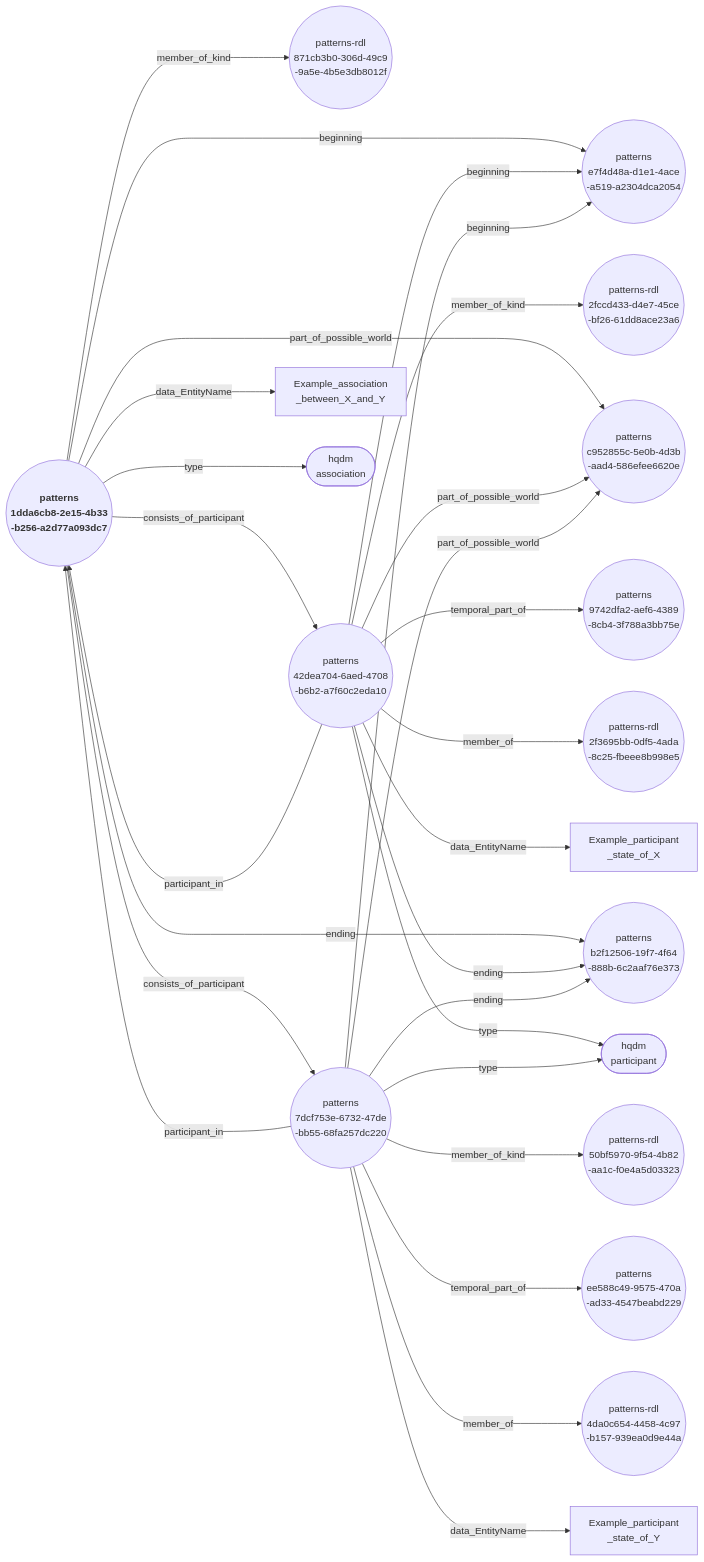
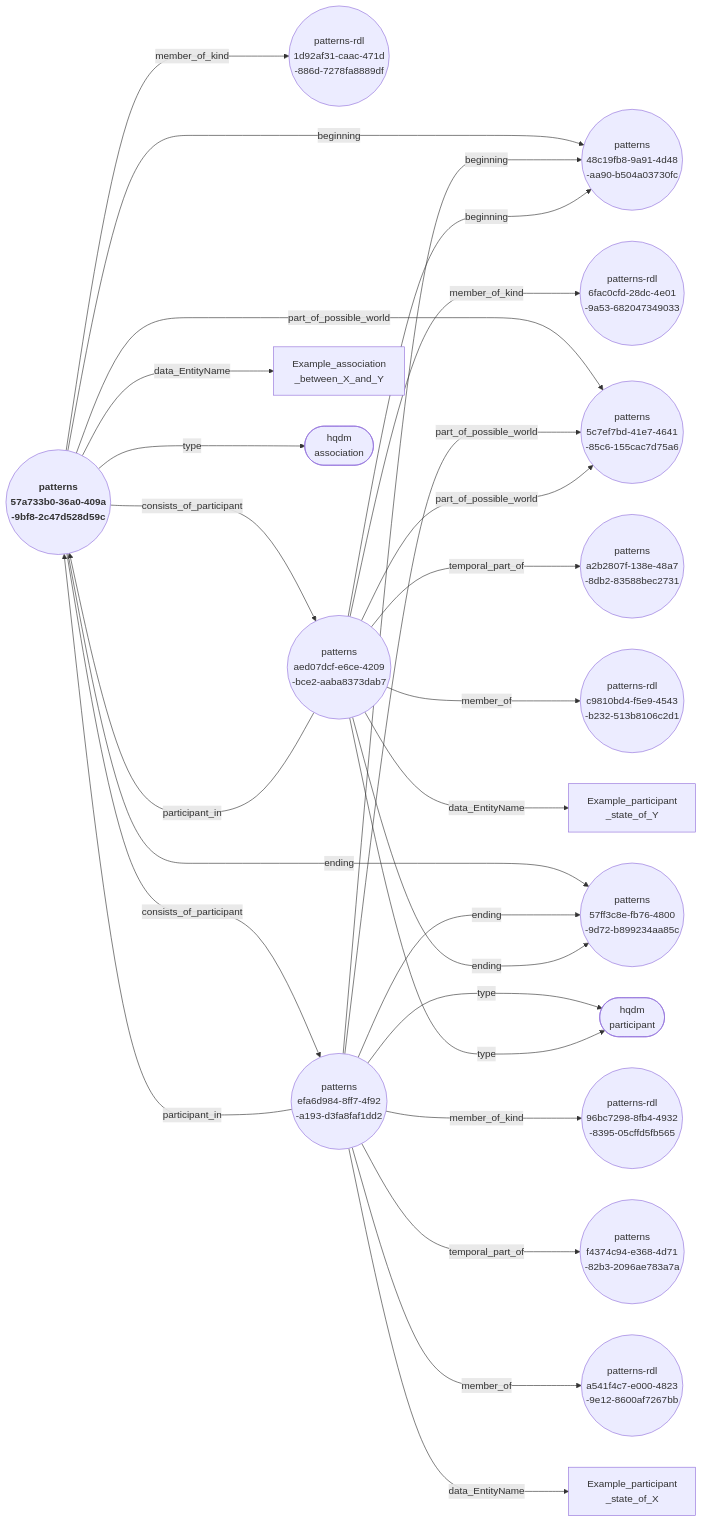
Before and after one commit to ClimbingAl/HqdmPatterns: the diagram in docs/extras/example-files/genericAssociationAndParticipantsNodeEdgeGraph.mermaid, drawn with Mermaid. The commit also changed 135 other files, not shown here.

````diff
--- a/docs/extras/example-files/genericAssociationAndParticipantsNodeEdgeGraph.mermaid
+++ b/docs/extras/example-files/genericAssociationAndParticipantsNodeEdgeGraph.mermaid
@@ -1,29 +1,29 @@
 ``` mermaid
 graph LR
-  1dda6cb8-2e15-4b33-b256-a2d77a093dc7(("<b> patterns <br> 1dda6cb8-2e15-4b33 <br> -b256-a2d77a093dc7"))--->|"beginning"|e7f4d48a-d1e1-4ace-a519-a2304dca2054(("patterns <br> e7f4d48a-d1e1-4ace <br> -a519-a2304dca2054"));
-  1dda6cb8-2e15-4b33-b256-a2d77a093dc7(("<b> patterns <br> 1dda6cb8-2e15-4b33 <br> -b256-a2d77a093dc7"))--->|"member_of_kind"|871cb3b0-306d-49c9-9a5e-4b5e3db8012f(("patterns-rdl <br> 871cb3b0-306d-49c9 <br> -9a5e-4b5e3db8012f"));
-  1dda6cb8-2e15-4b33-b256-a2d77a093dc7(("<b> patterns <br> 1dda6cb8-2e15-4b33 <br> -b256-a2d77a093dc7"))--->|"consists_of_participant"|42dea704-6aed-4708-b6b2-a7f60c2eda10(("patterns <br> 42dea704-6aed-4708 <br> -b6b2-a7f60c2eda10"));
-  1dda6cb8-2e15-4b33-b256-a2d77a093dc7(("<b> patterns <br> 1dda6cb8-2e15-4b33 <br> -b256-a2d77a093dc7"))--->|"consists_of_participant"|7dcf753e-6732-47de-bb55-68fa257dc220(("patterns <br> 7dcf753e-6732-47de <br> -bb55-68fa257dc220"));
-  1dda6cb8-2e15-4b33-b256-a2d77a093dc7(("<b> patterns <br> 1dda6cb8-2e15-4b33 <br> -b256-a2d77a093dc7"))--->|"part_of_possible_world"|c952855c-5e0b-4d3b-aad4-586efee6620e(("patterns <br> c952855c-5e0b-4d3b <br> -aad4-586efee6620e"));
-  1dda6cb8-2e15-4b33-b256-a2d77a093dc7(("<b> patterns <br> 1dda6cb8-2e15-4b33 <br> -b256-a2d77a093dc7"))--->|"data_EntityName"|Example_association_between_X_and_Y["Example_association <br> _between_X_and_Y"];
-  1dda6cb8-2e15-4b33-b256-a2d77a093dc7(("<b> patterns <br> 1dda6cb8-2e15-4b33 <br> -b256-a2d77a093dc7"))--->|"ending"|b2f12506-19f7-4f64-888b-6c2aaf76e373(("patterns <br> b2f12506-19f7-4f64 <br> -888b-6c2aaf76e373"));
-  1dda6cb8-2e15-4b33-b256-a2d77a093dc7(("<b> patterns <br> 1dda6cb8-2e15-4b33 <br> -b256-a2d77a093dc7"))--->|"type"|association(["hqdm <br> association"]);
-  42dea704-6aed-4708-b6b2-a7f60c2eda10(("patterns <br> 42dea704-6aed-4708 <br> -b6b2-a7f60c2eda10"))--->|"beginning"|e7f4d48a-d1e1-4ace-a519-a2304dca2054(("patterns <br> e7f4d48a-d1e1-4ace <br> -a519-a2304dca2054"));
-  42dea704-6aed-4708-b6b2-a7f60c2eda10(("patterns <br> 42dea704-6aed-4708 <br> -b6b2-a7f60c2eda10"))--->|"member_of_kind"|2fccd433-d4e7-45ce-bf26-61dd8ace23a6(("patterns-rdl <br> 2fccd433-d4e7-45ce <br> -bf26-61dd8ace23a6"));
-  42dea704-6aed-4708-b6b2-a7f60c2eda10(("patterns <br> 42dea704-6aed-4708 <br> -b6b2-a7f60c2eda10"))--->|"part_of_possible_world"|c952855c-5e0b-4d3b-aad4-586efee6620e(("patterns <br> c952855c-5e0b-4d3b <br> -aad4-586efee6620e"));
-  42dea704-6aed-4708-b6b2-a7f60c2eda10(("patterns <br> 42dea704-6aed-4708 <br> -b6b2-a7f60c2eda10"))--->|"participant_in"|1dda6cb8-2e15-4b33-b256-a2d77a093dc7(("<b> patterns <br> 1dda6cb8-2e15-4b33 <br> -b256-a2d77a093dc7"));
-  42dea704-6aed-4708-b6b2-a7f60c2eda10(("patterns <br> 42dea704-6aed-4708 <br> -b6b2-a7f60c2eda10"))--->|"temporal_part_of"|9742dfa2-aef6-4389-8cb4-3f788a3bb75e(("patterns <br> 9742dfa2-aef6-4389 <br> -8cb4-3f788a3bb75e"));
-  42dea704-6aed-4708-b6b2-a7f60c2eda10(("patterns <br> 42dea704-6aed-4708 <br> -b6b2-a7f60c2eda10"))--->|"member_of"|2f3695bb-0df5-4ada-8c25-fbeee8b998e5(("patterns-rdl <br> 2f3695bb-0df5-4ada <br> -8c25-fbeee8b998e5"));
-  42dea704-6aed-4708-b6b2-a7f60c2eda10(("patterns <br> 42dea704-6aed-4708 <br> -b6b2-a7f60c2eda10"))--->|"data_EntityName"|Example_participant_state_of_X["Example_participant <br> _state_of_X"];
-  42dea704-6aed-4708-b6b2-a7f60c2eda10(("patterns <br> 42dea704-6aed-4708 <br> -b6b2-a7f60c2eda10"))--->|"ending"|b2f12506-19f7-4f64-888b-6c2aaf76e373(("patterns <br> b2f12506-19f7-4f64 <br> -888b-6c2aaf76e373"));
-  42dea704-6aed-4708-b6b2-a7f60c2eda10(("patterns <br> 42dea704-6aed-4708 <br> -b6b2-a7f60c2eda10"))--->|"type"|participant(["hqdm <br> participant"]);
-  7dcf753e-6732-47de-bb55-68fa257dc220(("patterns <br> 7dcf753e-6732-47de <br> -bb55-68fa257dc220"))--->|"beginning"|e7f4d48a-d1e1-4ace-a519-a2304dca2054(("patterns <br> e7f4d48a-d1e1-4ace <br> -a519-a2304dca2054"));
-  7dcf753e-6732-47de-bb55-68fa257dc220(("patterns <br> 7dcf753e-6732-47de <br> -bb55-68fa257dc220"))--->|"member_of_kind"|50bf5970-9f54-4b82-aa1c-f0e4a5d03323(("patterns-rdl <br> 50bf5970-9f54-4b82 <br> -aa1c-f0e4a5d03323"));
-  7dcf753e-6732-47de-bb55-68fa257dc220(("patterns <br> 7dcf753e-6732-47de <br> -bb55-68fa257dc220"))--->|"part_of_possible_world"|c952855c-5e0b-4d3b-aad4-586efee6620e(("patterns <br> c952855c-5e0b-4d3b <br> -aad4-586efee6620e"));
-  7dcf753e-6732-47de-bb55-68fa257dc220(("patterns <br> 7dcf753e-6732-47de <br> -bb55-68fa257dc220"))--->|"participant_in"|1dda6cb8-2e15-4b33-b256-a2d77a093dc7(("<b> patterns <br> 1dda6cb8-2e15-4b33 <br> -b256-a2d77a093dc7"));
-  7dcf753e-6732-47de-bb55-68fa257dc220(("patterns <br> 7dcf753e-6732-47de <br> -bb55-68fa257dc220"))--->|"temporal_part_of"|ee588c49-9575-470a-ad33-4547beabd229(("patterns <br> ee588c49-9575-470a <br> -ad33-4547beabd229"));
-  7dcf753e-6732-47de-bb55-68fa257dc220(("patterns <br> 7dcf753e-6732-47de <br> -bb55-68fa257dc220"))--->|"member_of"|4da0c654-4458-4c97-b157-939ea0d9e44a(("patterns-rdl <br> 4da0c654-4458-4c97 <br> -b157-939ea0d9e44a"));
-  7dcf753e-6732-47de-bb55-68fa257dc220(("patterns <br> 7dcf753e-6732-47de <br> -bb55-68fa257dc220"))--->|"data_EntityName"|Example_participant_state_of_Y["Example_participant <br> _state_of_Y"];
-  7dcf753e-6732-47de-bb55-68fa257dc220(("patterns <br> 7dcf753e-6732-47de <br> -bb55-68fa257dc220"))--->|"ending"|b2f12506-19f7-4f64-888b-6c2aaf76e373(("patterns <br> b2f12506-19f7-4f64 <br> -888b-6c2aaf76e373"));
-  7dcf753e-6732-47de-bb55-68fa257dc220(("patterns <br> 7dcf753e-6732-47de <br> -bb55-68fa257dc220"))--->|"type"|participant(["hqdm <br> participant"]);
+  57a733b0-36a0-409a-9bf8-2c47d528d59c(("<b> patterns <br> 57a733b0-36a0-409a <br> -9bf8-2c47d528d59c"))--->|"beginning"|48c19fb8-9a91-4d48-aa90-b504a03730fc(("patterns <br> 48c19fb8-9a91-4d48 <br> -aa90-b504a03730fc"));
+  57a733b0-36a0-409a-9bf8-2c47d528d59c(("<b> patterns <br> 57a733b0-36a0-409a <br> -9bf8-2c47d528d59c"))--->|"member_of_kind"|1d92af31-caac-471d-886d-7278fa8889df(("patterns-rdl <br> 1d92af31-caac-471d <br> -886d-7278fa8889df"));
+  57a733b0-36a0-409a-9bf8-2c47d528d59c(("<b> patterns <br> 57a733b0-36a0-409a <br> -9bf8-2c47d528d59c"))--->|"consists_of_participant"|aed07dcf-e6ce-4209-bce2-aaba8373dab7(("patterns <br> aed07dcf-e6ce-4209 <br> -bce2-aaba8373dab7"));
+  57a733b0-36a0-409a-9bf8-2c47d528d59c(("<b> patterns <br> 57a733b0-36a0-409a <br> -9bf8-2c47d528d59c"))--->|"consists_of_participant"|efa6d984-8ff7-4f92-a193-d3fa8faf1dd2(("patterns <br> efa6d984-8ff7-4f92 <br> -a193-d3fa8faf1dd2"));
+  57a733b0-36a0-409a-9bf8-2c47d528d59c(("<b> patterns <br> 57a733b0-36a0-409a <br> -9bf8-2c47d528d59c"))--->|"part_of_possible_world"|5c7ef7bd-41e7-4641-85c6-155cac7d75a6(("patterns <br> 5c7ef7bd-41e7-4641 <br> -85c6-155cac7d75a6"));
+  57a733b0-36a0-409a-9bf8-2c47d528d59c(("<b> patterns <br> 57a733b0-36a0-409a <br> -9bf8-2c47d528d59c"))--->|"data_EntityName"|Example_association_between_X_and_Y["Example_association <br> _between_X_and_Y"];
+  57a733b0-36a0-409a-9bf8-2c47d528d59c(("<b> patterns <br> 57a733b0-36a0-409a <br> -9bf8-2c47d528d59c"))--->|"ending"|57ff3c8e-fb76-4800-9d72-b899234aa85c(("patterns <br> 57ff3c8e-fb76-4800 <br> -9d72-b899234aa85c"));
+  57a733b0-36a0-409a-9bf8-2c47d528d59c(("<b> patterns <br> 57a733b0-36a0-409a <br> -9bf8-2c47d528d59c"))--->|"type"|association(["hqdm <br> association"]);
+  efa6d984-8ff7-4f92-a193-d3fa8faf1dd2(("patterns <br> efa6d984-8ff7-4f92 <br> -a193-d3fa8faf1dd2"))--->|"beginning"|48c19fb8-9a91-4d48-aa90-b504a03730fc(("patterns <br> 48c19fb8-9a91-4d48 <br> -aa90-b504a03730fc"));
+  efa6d984-8ff7-4f92-a193-d3fa8faf1dd2(("patterns <br> efa6d984-8ff7-4f92 <br> -a193-d3fa8faf1dd2"))--->|"member_of_kind"|96bc7298-8fb4-4932-8395-05cffd5fb565(("patterns-rdl <br> 96bc7298-8fb4-4932 <br> -8395-05cffd5fb565"));
+  efa6d984-8ff7-4f92-a193-d3fa8faf1dd2(("patterns <br> efa6d984-8ff7-4f92 <br> -a193-d3fa8faf1dd2"))--->|"part_of_possible_world"|5c7ef7bd-41e7-4641-85c6-155cac7d75a6(("patterns <br> 5c7ef7bd-41e7-4641 <br> -85c6-155cac7d75a6"));
+  efa6d984-8ff7-4f92-a193-d3fa8faf1dd2(("patterns <br> efa6d984-8ff7-4f92 <br> -a193-d3fa8faf1dd2"))--->|"participant_in"|57a733b0-36a0-409a-9bf8-2c47d528d59c(("<b> patterns <br> 57a733b0-36a0-409a <br> -9bf8-2c47d528d59c"));
+  efa6d984-8ff7-4f92-a193-d3fa8faf1dd2(("patterns <br> efa6d984-8ff7-4f92 <br> -a193-d3fa8faf1dd2"))--->|"temporal_part_of"|f4374c94-e368-4d71-82b3-2096ae783a7a(("patterns <br> f4374c94-e368-4d71 <br> -82b3-2096ae783a7a"));
+  efa6d984-8ff7-4f92-a193-d3fa8faf1dd2(("patterns <br> efa6d984-8ff7-4f92 <br> -a193-d3fa8faf1dd2"))--->|"member_of"|a541f4c7-e000-4823-9e12-8600af7267bb(("patterns-rdl <br> a541f4c7-e000-4823 <br> -9e12-8600af7267bb"));
+  efa6d984-8ff7-4f92-a193-d3fa8faf1dd2(("patterns <br> efa6d984-8ff7-4f92 <br> -a193-d3fa8faf1dd2"))--->|"data_EntityName"|Example_participant_state_of_X["Example_participant <br> _state_of_X"];
+  efa6d984-8ff7-4f92-a193-d3fa8faf1dd2(("patterns <br> efa6d984-8ff7-4f92 <br> -a193-d3fa8faf1dd2"))--->|"ending"|57ff3c8e-fb76-4800-9d72-b899234aa85c(("patterns <br> 57ff3c8e-fb76-4800 <br> -9d72-b899234aa85c"));
+  efa6d984-8ff7-4f92-a193-d3fa8faf1dd2(("patterns <br> efa6d984-8ff7-4f92 <br> -a193-d3fa8faf1dd2"))--->|"type"|participant(["hqdm <br> participant"]);
+  aed07dcf-e6ce-4209-bce2-aaba8373dab7(("patterns <br> aed07dcf-e6ce-4209 <br> -bce2-aaba8373dab7"))--->|"beginning"|48c19fb8-9a91-4d48-aa90-b504a03730fc(("patterns <br> 48c19fb8-9a91-4d48 <br> -aa90-b504a03730fc"));
+  aed07dcf-e6ce-4209-bce2-aaba8373dab7(("patterns <br> aed07dcf-e6ce-4209 <br> -bce2-aaba8373dab7"))--->|"member_of_kind"|6fac0cfd-28dc-4e01-9a53-682047349033(("patterns-rdl <br> 6fac0cfd-28dc-4e01 <br> -9a53-682047349033"));
+  aed07dcf-e6ce-4209-bce2-aaba8373dab7(("patterns <br> aed07dcf-e6ce-4209 <br> -bce2-aaba8373dab7"))--->|"part_of_possible_world"|5c7ef7bd-41e7-4641-85c6-155cac7d75a6(("patterns <br> 5c7ef7bd-41e7-4641 <br> -85c6-155cac7d75a6"));
+  aed07dcf-e6ce-4209-bce2-aaba8373dab7(("patterns <br> aed07dcf-e6ce-4209 <br> -bce2-aaba8373dab7"))--->|"participant_in"|57a733b0-36a0-409a-9bf8-2c47d528d59c(("<b> patterns <br> 57a733b0-36a0-409a <br> -9bf8-2c47d528d59c"));
+  aed07dcf-e6ce-4209-bce2-aaba8373dab7(("patterns <br> aed07dcf-e6ce-4209 <br> -bce2-aaba8373dab7"))--->|"temporal_part_of"|a2b2807f-138e-48a7-8db2-83588bec2731(("patterns <br> a2b2807f-138e-48a7 <br> -8db2-83588bec2731"));
+  aed07dcf-e6ce-4209-bce2-aaba8373dab7(("patterns <br> aed07dcf-e6ce-4209 <br> -bce2-aaba8373dab7"))--->|"member_of"|c9810bd4-f5e9-4543-b232-513b8106c2d1(("patterns-rdl <br> c9810bd4-f5e9-4543 <br> -b232-513b8106c2d1"));
+  aed07dcf-e6ce-4209-bce2-aaba8373dab7(("patterns <br> aed07dcf-e6ce-4209 <br> -bce2-aaba8373dab7"))--->|"data_EntityName"|Example_participant_state_of_Y["Example_participant <br> _state_of_Y"];
+  aed07dcf-e6ce-4209-bce2-aaba8373dab7(("patterns <br> aed07dcf-e6ce-4209 <br> -bce2-aaba8373dab7"))--->|"ending"|57ff3c8e-fb76-4800-9d72-b899234aa85c(("patterns <br> 57ff3c8e-fb76-4800 <br> -9d72-b899234aa85c"));
+  aed07dcf-e6ce-4209-bce2-aaba8373dab7(("patterns <br> aed07dcf-e6ce-4209 <br> -bce2-aaba8373dab7"))--->|"type"|participant(["hqdm <br> participant"]);
 ```
````
